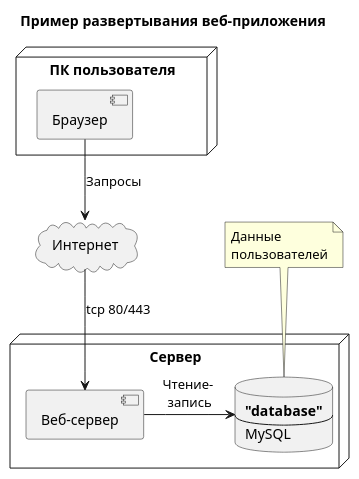
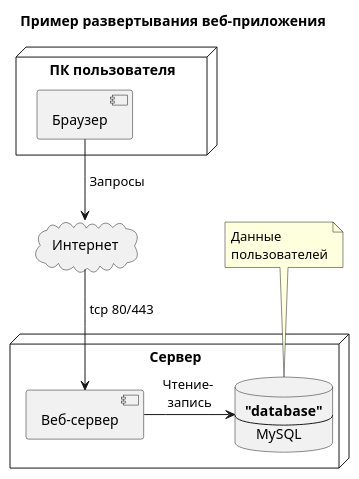
Before and after one commit to mxsmirnov/aix-labs: the diagram in plantuml/lab1.puml, drawn with PlantUML.

Commit message:
Changes to be committed: 	modified:   plantuml/lab1.puml
 Changes not staged for commit:
	deleted:    plantuml/lab2.puml

```diff
--- a/plantuml/lab1.puml
+++ b/plantuml/lab1.puml
@@ -1,31 +1,31 @@
 @startuml
 title Пример развертывания веб-приложения
 
 ' Меняем направление на горизонтальное
 ' left to right direction
 
 ' Элементы
 node "ПК пользователя" {
     component "Браузер"
 }
 
-cloud "Интернет"
+cloud "Интернет"    /' задаем фигуру облако '/
 
 node "Сервер" {
     component "Веб-сервер"
-    database db1 [
+    database db1 [  /' задаем фигуру БД '/
 <b>"database"</b>
 ----
-MySQL
+   MySQL
 ]
 }
 
 ' Связи
-"Браузер" --> "Интернет" : "Запросы"
-"Интернет" --> "Веб-сервер" : "tcp 80/443"
-"Веб-сервер" -left-> db1 : "Чтение- \nзапись"
+"Браузер" --> "Интернет" : " Запросы"
+"Интернет" --> "Веб-сервер" : " tcp 80/443"
+"Веб-сервер" -left-> db1 : "Чтение- \nзапись"  /' направление связи слева направо '/
 
 
-note top of db1 : Данные \nпользователей
+note top of db1 : Данные \nпользователей  /' комментарий сверху от БД '/
 
 @enduml
```
